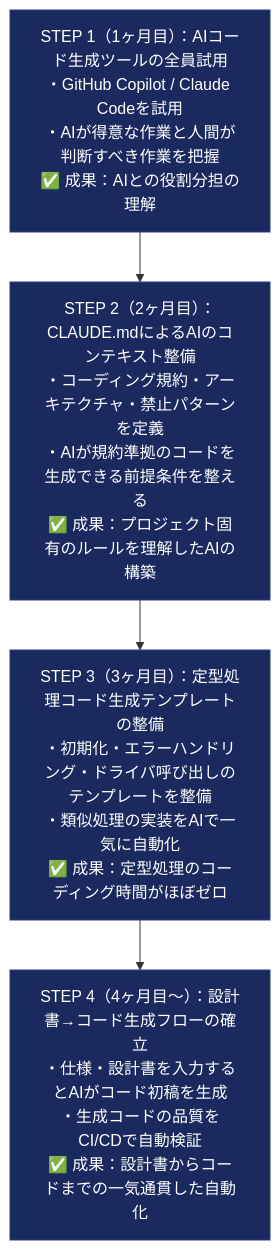
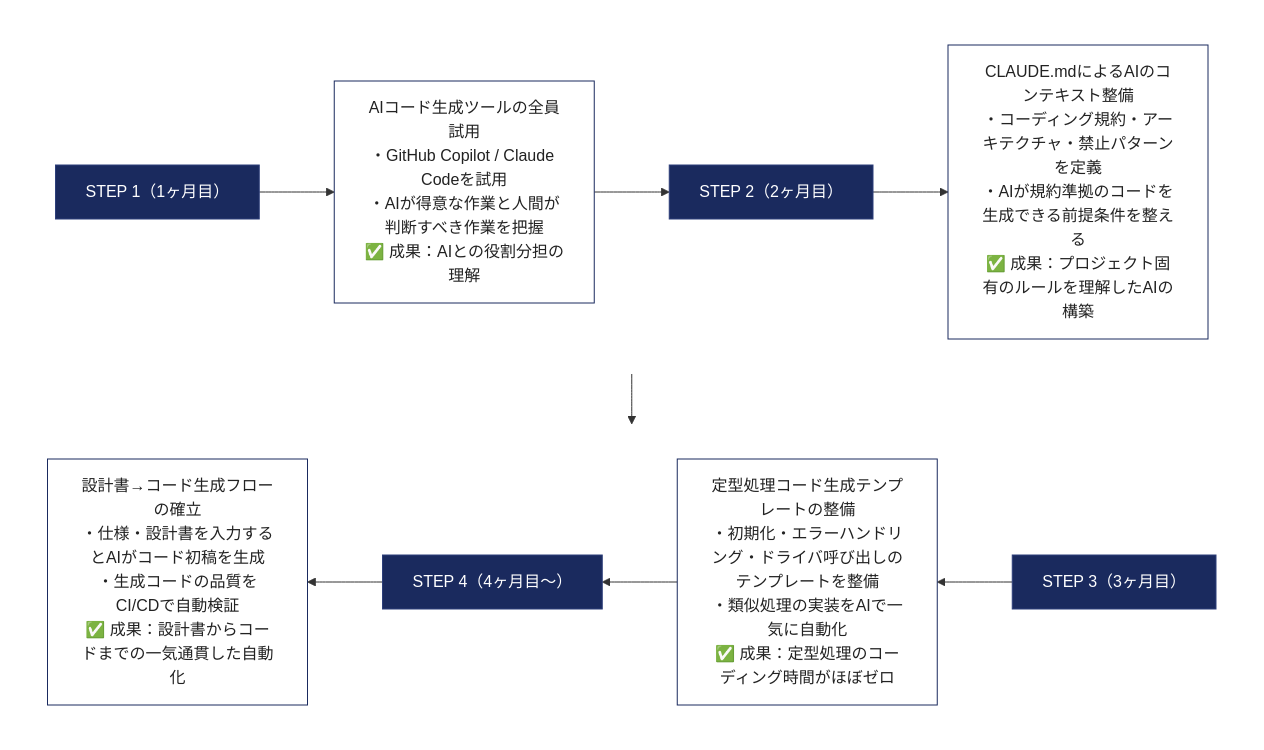
The tenth of 10 diagrams in AI_Idea/AI_ADOPTION_PROPOSAL.md (Kengo55555/My_Study), drawn with Mermaid before and after one commit. The commit also changed other lines of this file and 1 other file, not shown here.

Commit message:
Refactor proposal: bullet points, コ字 Mermaid layout, navy titles / white content nodes

````diff
--- a/AI_Idea/AI_ADOPTION_PROPOSAL.md
+++ b/AI_Idea/AI_ADOPTION_PROPOSAL.md
@@ -341,10 +466,22 @@
 ```mermaid
 flowchart TD
-    S1["STEP 1（1ヶ月目）：AIコード生成ツールの全員試用<br/>・GitHub Copilot / Claude Codeを試用<br/>・AIが得意な作業と人間が判断すべき作業を把握<br/>✅ 成果：AIとの役割分担の理解"]
-    S2["STEP 2（2ヶ月目）：CLAUDE.mdによるAIのコンテキスト整備<br/>・コーディング規約・アーキテクチャ・禁止パターンを定義<br/>・AIが規約準拠のコードを生成できる前提条件を整える<br/>✅ 成果：プロジェクト固有のルールを理解したAIの構築"]
-    S3["STEP 3（3ヶ月目）：定型処理コード生成テンプレートの整備<br/>・初期化・エラーハンドリング・ドライバ呼び出しのテンプレートを整備<br/>・類似処理の実装をAIで一気に自動化<br/>✅ 成果：定型処理のコーディング時間がほぼゼロ"]
-    S4["STEP 4（4ヶ月目〜）：設計書→コード生成フローの確立<br/>・仕様・設計書を入力するとAIがコード初稿を生成<br/>・生成コードの品質をCI/CDで自動検証<br/>✅ 成果：設計書からコードまでの一気通貫した自動化"]
-    S1 --> S2 --> S3 --> S4
-    classDef stepNode fill:#1a2a5e,stroke:#2c3e7a,color:#fff
-    class S1,S2,S3,S4 stepNode
+    subgraph row1[" "]
+        direction LR
+        T1["STEP 1（1ヶ月目）"] --> C1["AIコード生成ツールの全員試用<br/>・GitHub Copilot / Claude Codeを試用<br/>・AIが得意な作業と人間が判断すべき作業を把握<br/>✅ 成果：AIとの役割分担の理解"]
+        C1 --> T2["STEP 2（2ヶ月目）"]
+        T2 --> C2["CLAUDE.mdによるAIのコンテキスト整備<br/>・コーディング規約・アーキテクチャ・禁止パターンを定義<br/>・AIが規約準拠のコードを生成できる前提条件を整える<br/>✅ 成果：プロジェクト固有のルールを理解したAIの構築"]
+    end
+    subgraph row2[" "]
+        direction RL
+        T3["STEP 3（3ヶ月目）"] --> C3["定型処理コード生成テンプレートの整備<br/>・初期化・エラーハンドリング・ドライバ呼び出しのテンプレートを整備<br/>・類似処理の実装をAIで一気に自動化<br/>✅ 成果：定型処理のコーディング時間がほぼゼロ"]
+        C3 --> T4["STEP 4（4ヶ月目〜）"]
+        T4 --> C4["設計書→コード生成フローの確立<br/>・仕様・設計書を入力するとAIがコード初稿を生成<br/>・生成コードの品質をCI/CDで自動検証<br/>✅ 成果：設計書からコードまでの一気通貫した自動化"]
+    end
+    C2 --> T3
+    style row1 fill:transparent,stroke:transparent,color:transparent
+    style row2 fill:transparent,stroke:transparent,color:transparent
+    classDef title fill:#1a2a5e,stroke:#2c3e7a,color:#fff
+    classDef content fill:#fff,stroke:#1a2a5e,color:#222
+    class T1,T2,T3,T4 title
+    class C1,C2,C3,C4 content
 ```
````
